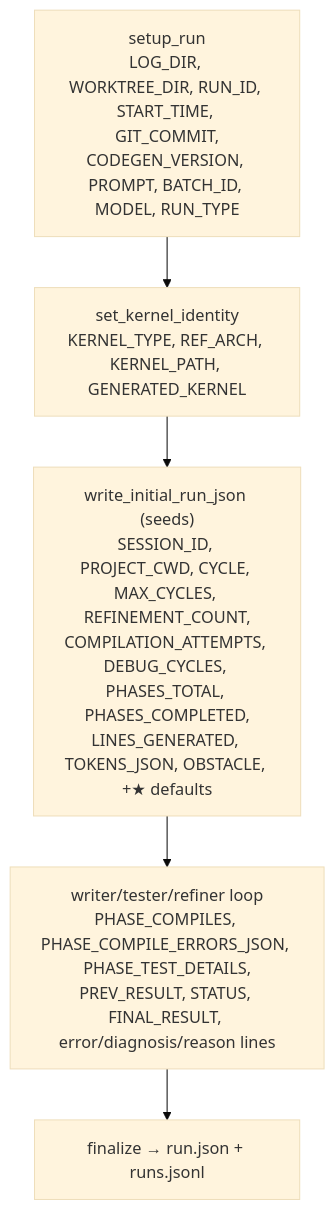
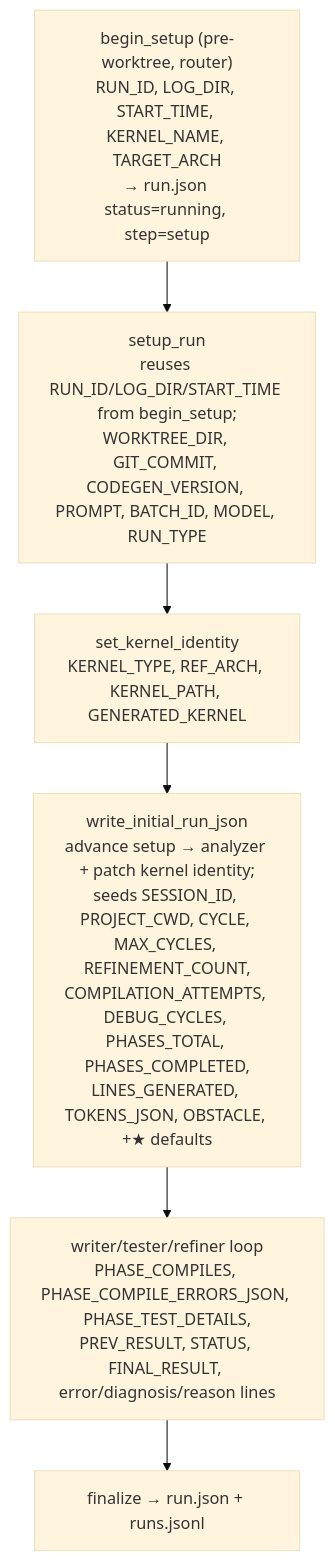
One commit to bvdyvncqr5-commits/tt-metal changed the second of 2 diagrams in tt_metal/tt-llk/codegen/references/state_contract.md. Above: the diagram before and after it, drawn with Mermaid (base theme). The commit also changed other lines of this file and 21 other files, not shown here.

````diff
--- a/tt_metal/tt-llk/codegen/references/state_contract.md
+++ b/tt_metal/tt-llk/codegen/references/state_contract.md
@@ -33,9 +35,10 @@
 ```mermaid
 flowchart TB
-  A["setup_run<br/>LOG_DIR, WORKTREE_DIR, RUN_ID, START_TIME, GIT_COMMIT,<br/>CODEGEN_VERSION, PROMPT, BATCH_ID, MODEL, RUN_TYPE"]
+  Z["begin_setup (pre-worktree, router)<br/>RUN_ID, LOG_DIR, START_TIME, KERNEL_NAME, TARGET_ARCH<br/>→ run.json status=running, step=setup"]
+  A["setup_run<br/>reuses RUN_ID/LOG_DIR/START_TIME from begin_setup;<br/>WORKTREE_DIR, GIT_COMMIT, CODEGEN_VERSION, PROMPT, BATCH_ID, MODEL, RUN_TYPE"]
   B["set_kernel_identity<br/>KERNEL_TYPE, REF_ARCH, KERNEL_PATH, GENERATED_KERNEL"]
-  C["write_initial_run_json (seeds)<br/>SESSION_ID, PROJECT_CWD, CYCLE, MAX_CYCLES, REFINEMENT_COUNT,<br/>COMPILATION_ATTEMPTS, DEBUG_CYCLES, PHASES_TOTAL, PHASES_COMPLETED,<br/>LINES_GENERATED, TOKENS_JSON, OBSTACLE, +★ defaults"]
+  C["write_initial_run_json<br/>advance setup → analyzer + patch kernel identity;<br/>seeds SESSION_ID, PROJECT_CWD, CYCLE, MAX_CYCLES, REFINEMENT_COUNT,<br/>COMPILATION_ATTEMPTS, DEBUG_CYCLES, PHASES_TOTAL, PHASES_COMPLETED,<br/>LINES_GENERATED, TOKENS_JSON, OBSTACLE, +★ defaults"]
   D["writer/tester/refiner loop<br/>PHASE_COMPILES, PHASE_COMPILE_ERRORS_JSON, PHASE_TEST_DETAILS,<br/>PREV_RESULT, STATUS, FINAL_RESULT, error/diagnosis/reason lines"]
   E["finalize → run.json + runs.jsonl"]
-  A --> B --> C --> D --> E
+  Z --> A --> B --> C --> D --> E
 ```
````
